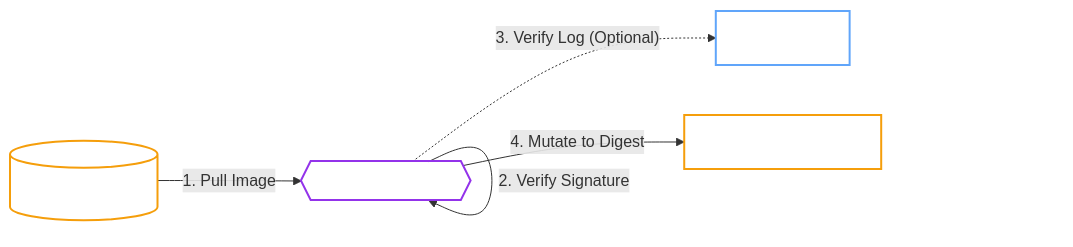
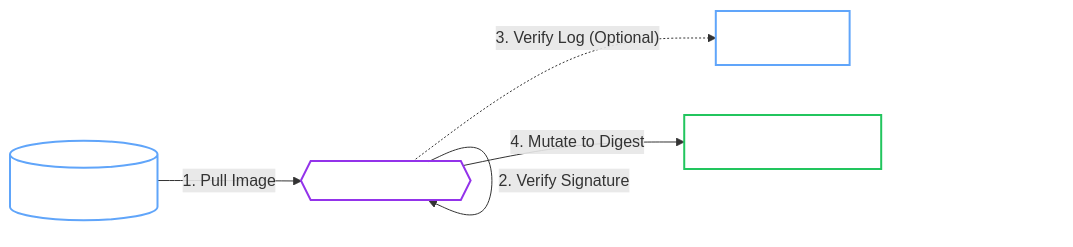
Before and after one commit to dc-tec/openbao-operator: the diagram in docs/security/workload/supply-chain.md, drawn with Mermaid. The commit also changed 48 other files, not shown here.

````diff
--- a/docs/security/workload/supply-chain.md
+++ b/docs/security/workload/supply-chain.md
@@ -10,22 +10,21 @@
 ```mermaid
 flowchart LR
     Registry[(Container Registry)]
     Operator{{OpenBao Operator}}
     Rekor[Rekor Log]
     Cluster[Kubernetes Cluster]
 
     Registry --"1. Pull Image"--> Operator
     Operator --"2. Verify Signature"--> Operator
     Operator -.->|"3. Verify Log (Optional)"| Rekor
     
     Operator --"4. Mutate to Digest"--> Cluster
     
-    %% Styling
-    classDef storage fill:transparent,stroke:#f59e0b,stroke-width:2px,color:#fff;
-    classDef logic fill:transparent,stroke:#9333ea,stroke-width:2px,color:#fff;
-    classDef external fill:transparent,stroke:#60a5fa,stroke-width:2px,color:#fff;
-    
-    class Registry,Cluster storage;
-    class Operator logic;
-    class Rekor external;
+    classDef read fill:transparent,stroke:#60a5fa,stroke-width:2px,color:#fff;
+    classDef write fill:transparent,stroke:#22c55e,stroke-width:2px,color:#fff;
+    classDef process fill:transparent,stroke:#9333ea,stroke-width:2px,color:#fff;
+
+    class Registry,Rekor read;
+    class Operator process;
+    class Cluster write;
 ```
````
